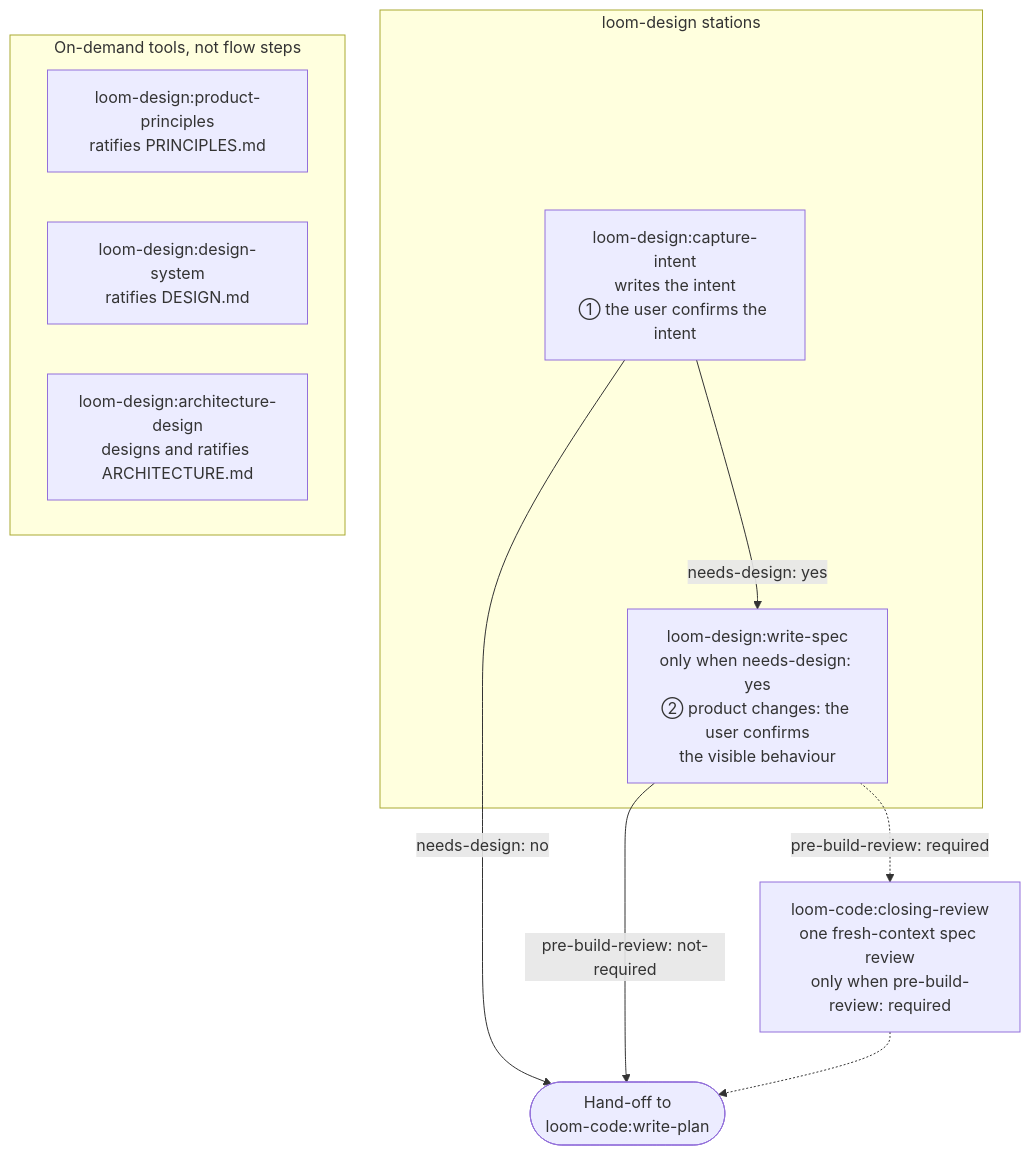
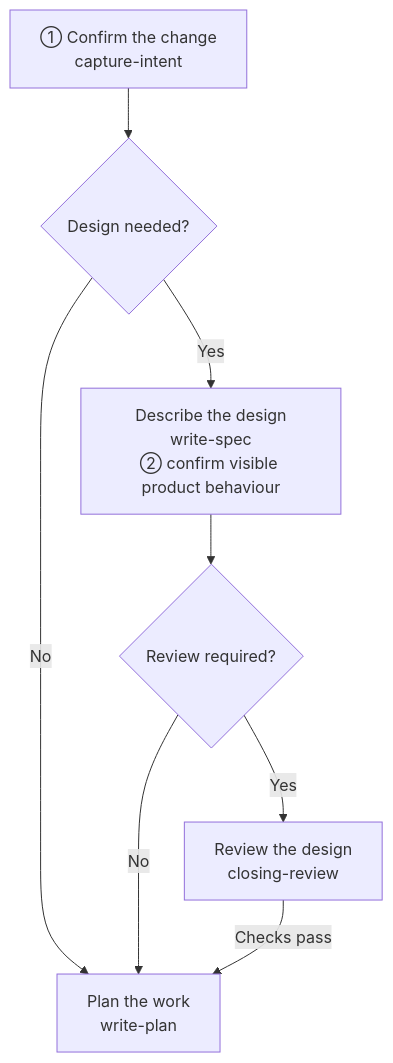
The diagram in loom-design/README.md (kouko/loom-plugins), drawn with Mermaid before and after one commit. The commit also changed other lines of this file and 9 other files, not shown here.

First line of the commit message:
docs: separate README flows from workflow tool catalogs

````diff
--- a/loom-design/README.md
+++ b/loom-design/README.md
@@ -18,22 +18,17 @@
 ```mermaid
 flowchart TD
-    subgraph stations["loom-design stations"]
-        intent["loom-design:capture-intent<br/>writes the intent<br/>① the user confirms the intent"]
-        spec["loom-design:write-spec<br/>only when needs-design: yes<br/>② product changes: the user confirms<br/>the visible behaviour"]
-    end
+    intent["① Confirm the change<br/>capture-intent"]
+    design{"Design needed?"}
+    spec["Describe the design<br/>write-spec<br/>② confirm visible product behaviour"]
+    check{"Review required?"}
+    review["Review the design<br/>closing-review"]
+    plan["Plan the work<br/>write-plan"]
 
-    specreview["loom-code:closing-review<br/>one fresh-context spec review<br/>only when pre-build-review: required"]
-    plan(["Hand-off to<br/>loom-code:write-plan"])
-
-    subgraph tools["On-demand tools, not flow steps"]
-        principles["loom-design:product-principles<br/>ratifies PRINCIPLES.md"]
-        designsys["loom-design:design-system<br/>ratifies DESIGN.md"]
-        arch["loom-design:architecture-design<br/>designs and ratifies ARCHITECTURE.md"]
-    end
-
-    intent -->|"needs-design: yes"| spec
-    intent -->|"needs-design: no"| plan
-    spec -->|"pre-build-review: not-required"| plan
-    spec -.->|"pre-build-review: required"| specreview
-    specreview -.-> plan
+    intent --> design
+    design -->|"Yes"| spec
+    design -->|"No"| plan
+    spec --> check
+    check -->|"Yes"| review
+    check -->|"No"| plan
+    review -->|"Checks pass"| plan
 ```
````
